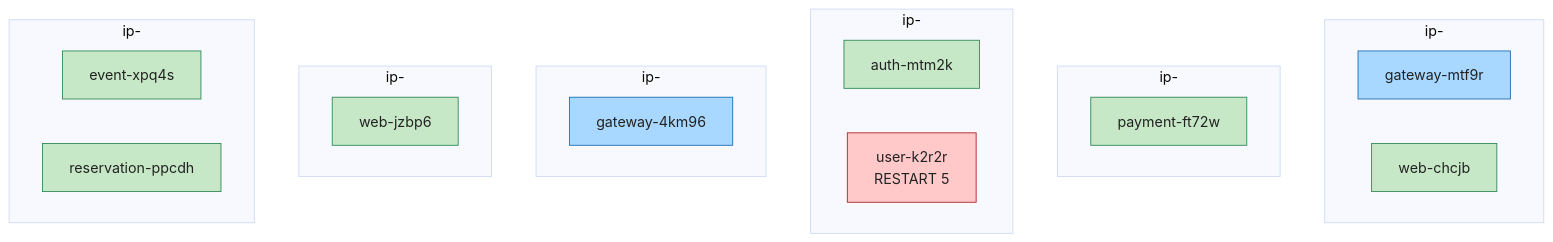
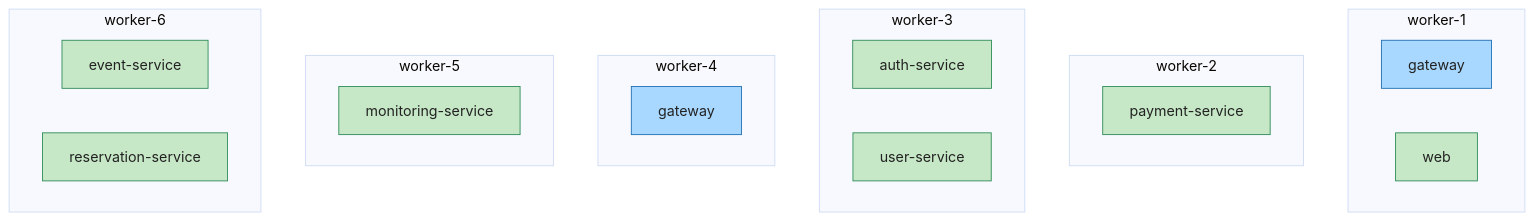
One commit to OpenTraum/OpenTraum-Infra changed the second of 2 diagrams in docs/OPENTRAUM-INFRA-03-WORKLOAD.md. Above: the diagram before and after it, drawn with Mermaid. The commit also changed other lines of this file and 12 other files, not shown here.

````diff
--- a/docs/OPENTRAUM-INFRA-03-WORKLOAD.md
+++ b/docs/OPENTRAUM-INFRA-03-WORKLOAD.md
@@ -312,35 +369,35 @@
 ```mermaid
 %%{init:{'theme':'base'}}%%
 flowchart TB
-    subgraph N1["ip-<NODE_2>"]
-      gw1[gateway-mtf9r]
-      web1[web-chcjb]
+    subgraph N1["worker-1"]
+      gw1[gateway]
+      web1[web]
     end
-    subgraph N2["ip-<NODE_3>"]
-      pay[payment-ft72w]
+    subgraph N2["worker-2"]
+      pay[payment-service]
     end
-    subgraph N3["ip-<NODE_4>"]
-      auth[auth-mtm2k]
-      usr[user-k2r2r<br/>RESTART 5]
+    subgraph N3["worker-3"]
+      auth[auth-service]
+      usr[user-service]
     end
-    subgraph N4["ip-<NODE_5>"]
-      gw2[gateway-4km96]
+    subgraph N4["worker-4"]
+      gw2[gateway]
     end
-    subgraph N5["ip-<NODE_6>"]
-      web2[web-jzbp6]
+    subgraph N5["worker-5"]
+      mon[monitoring-service]
     end
-    subgraph N6["ip-<NODE_7>"]
-      evt[event-xpq4s]
-      rsv[reservation-ppcdh]
+    subgraph N6["worker-6"]
+      evt[event-service]
+      rsv[reservation-service]
     end
 
     style gw1 fill:#A8D8FF,stroke:#1F6FB2,color:#222
     style gw2 fill:#A8D8FF,stroke:#1F6FB2,color:#222
     style web1 fill:#C7E8C7,stroke:#2E8B57,color:#222
-    style web2 fill:#C7E8C7,stroke:#2E8B57,color:#222
     style auth fill:#C7E8C7,stroke:#2E8B57,color:#222
-    style usr fill:#FFC9C9,stroke:#B22222,color:#222
+    style usr fill:#C7E8C7,stroke:#2E8B57,color:#222
     style evt fill:#C7E8C7,stroke:#2E8B57,color:#222
     style rsv fill:#C7E8C7,stroke:#2E8B57,color:#222
     style pay fill:#C7E8C7,stroke:#2E8B57,color:#222
+    style mon fill:#C7E8C7,stroke:#2E8B57,color:#222
 ```
````
